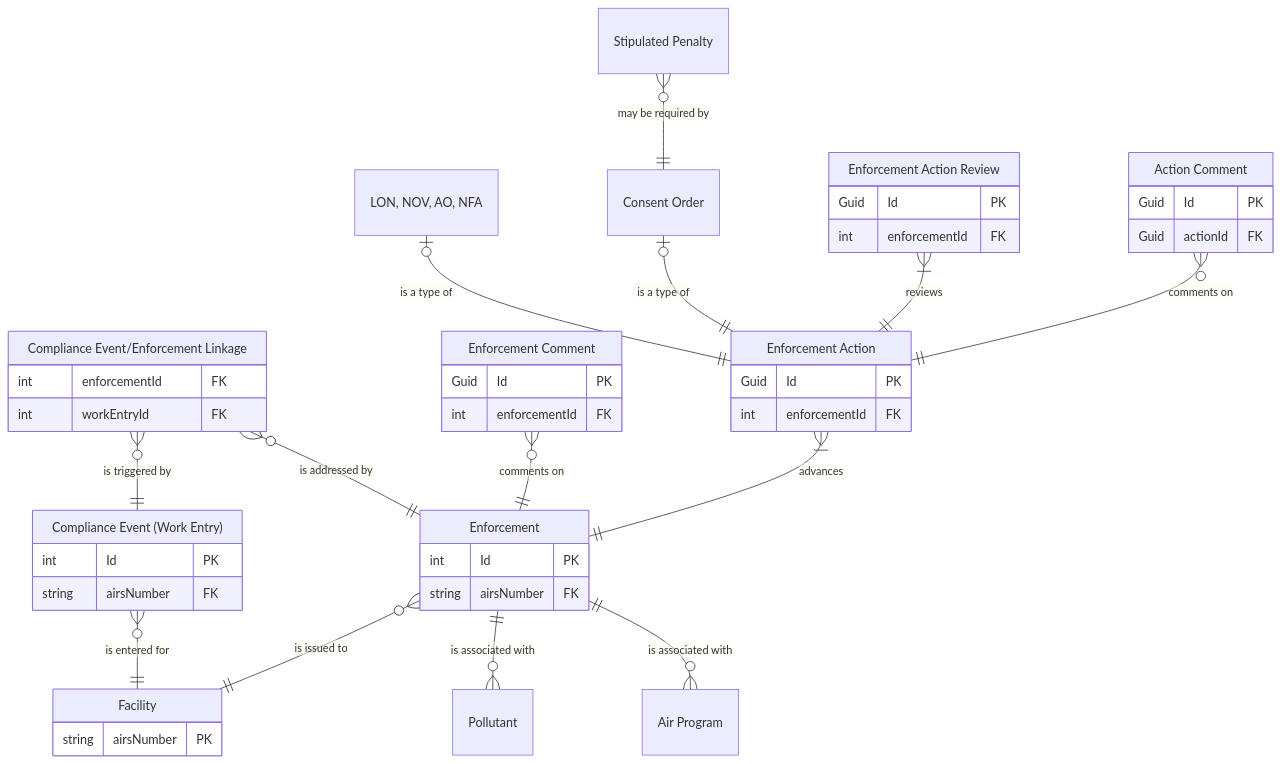
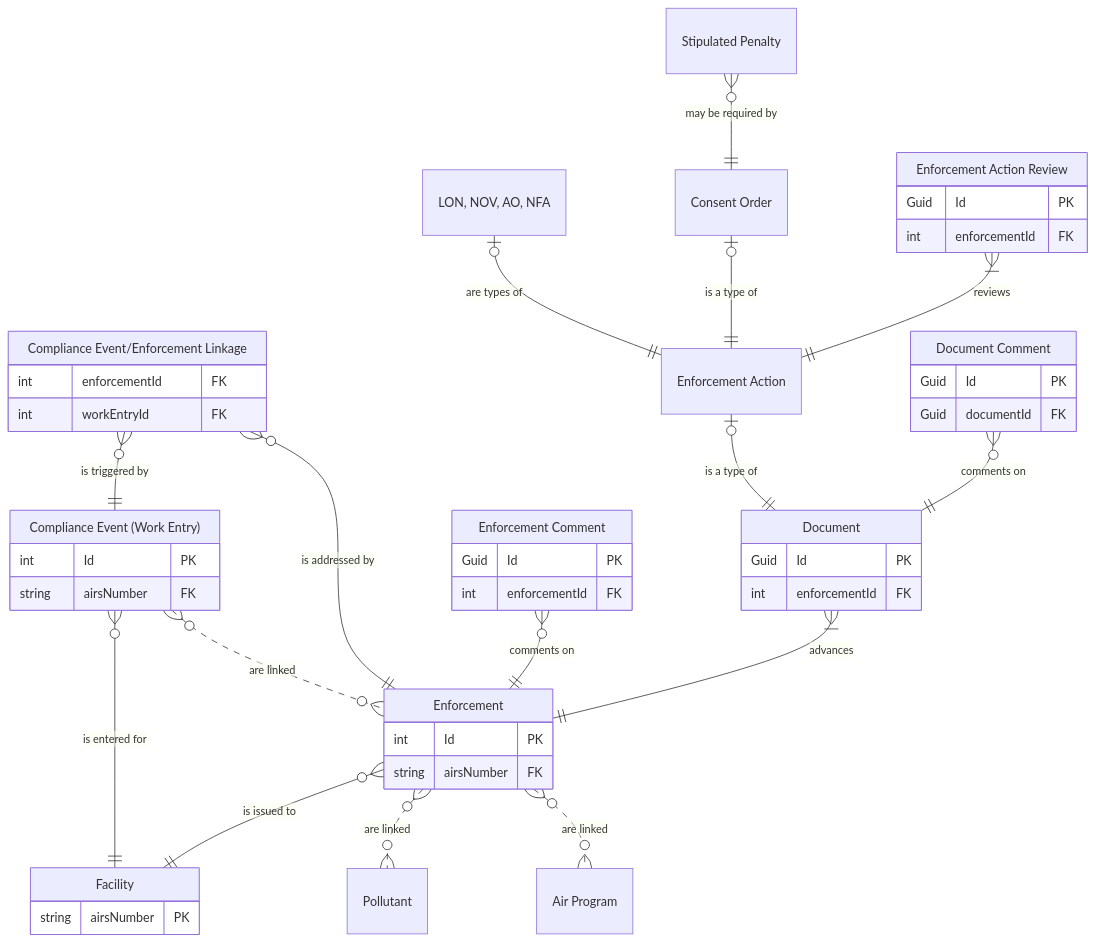
The second of 2 diagrams in docs/Workflows/Enforcement-workflow.md (gaepdit/air-web), drawn with Mermaid before and after one commit. The commit also changed other lines of this file, not shown here.

Commit message:
Update the enforcement workflow

````diff
--- a/docs/Workflows/Enforcement-workflow.md
+++ b/docs/Workflows/Enforcement-workflow.md
@@ -113,69 +115,72 @@
 ```mermaid
 erDiagram
+    FAC["Facility"] {
+        string airsNumber PK
+    }
 
-FAC["Facility"] {
-    string airsNumber PK
-}
+    CWE["Compliance Event (Work Entry)"] {
+        int Id PK
+        string airsNumber FK
+    }
 
-CWE["Compliance Event (Work Entry)"] {
-    int Id PK
-    string airsNumber FK
-}
+    ENF["Enforcement"] {
+        int Id PK
+        string airsNumber FK
+    }
 
-ENF["Enforcement"] {
-    int Id PK
-    string airsNumber FK
-}
+    LNK["Compliance Event/Enforcement Linkage"] {
+        int enforcementId FK
+        int workEntryId FK
+    }
 
-CEL["Compliance Event/Enforcement Linkage"] {
-    int enforcementId FK
-    int workEntryId FK
-}
+    CTE["Enforcement Comment"] {
+        Guid Id PK
+        int enforcementId FK
+    }
 
-ECM["Enforcement Comment"] {
-    Guid Id PK
-    int enforcementId FK
-}
+    DOC["Document"] {
+        Guid Id PK
+        int enforcementId FK
+    }
 
-ACT["Enforcement Action"] {
-    Guid Id PK
-    int enforcementId FK
-}
+    ACT["Enforcement Action"]
 
-REV["Enforcement Action Review"] {
-    Guid Id PK
-    int enforcementId FK
-}
+    REV["Enforcement Action Review"] {
+        Guid Id PK
+        int enforcementId FK
+    }
 
-CMA["Action Comment"] {
-    Guid Id PK
-    Guid actionId FK
-}
+    CTA["Document Comment"] {
+        Guid Id PK
+        Guid documentId FK
+    }
 
-DOC["LON, NOV, AO, NFA"]
-CO["Consent Order"]
-POL["Pollutant"]
-PGM["Air Program"]
-STP["Stipulated Penalty"]
+    EAO["LON, NOV, AO, NFA"]
+    CO["Consent Order"]
+    POL["Pollutant"]
+    PGM["Air Program"]
+    STP["Stipulated Penalty"]
 
-CWE }o--|| FAC : "is entered for"
-ENF }o--|| FAC : "is issued to"
+    CWE }o--|| FAC: "is entered for"
+    ENF }o--|| FAC: "is issued to"
 
-CEL }o--|| CWE : "is triggered by"
-CEL }o--|| ENF : "is addressed by"
+    CWE }o..o{ ENF: "are linked"
+    LNK }o--|| CWE: "is triggered by"
+    LNK }o--|| ENF: "is addressed by"
 
-ECM }o--|| ENF : "comments on"
-ACT }|--|| ENF : "advances"
+    CTE }o--|| ENF: "comments on"
+    DOC }|--|| ENF: "advances"
+    ACT |o--|| DOC: "is a type of"
 
-ENF ||--o{ POL : "is associated with"
-ENF ||--o{ PGM : "is associated with"
+    ENF }o..o{ POL: "are linked"
+    ENF }o..o{ PGM: "are linked"
 
-DOC |o--|| ACT : "is a type of"
-CO |o--|| ACT : "is a type of"
+    EAO |o--|| ACT: "are types of"
+    CO |o--|| ACT: "is a type of"
+    REV }|--|| ACT: "reviews"
+    
+    CTA }o--|| DOC: "comments on"
 
-REV }|--|| ACT : "reviews"
-CMA }o--|| ACT : "comments on"
-
-STP }o--|| CO : "may be required by"
+    STP }o--|| CO: "may be required by"
 
 ```
````
